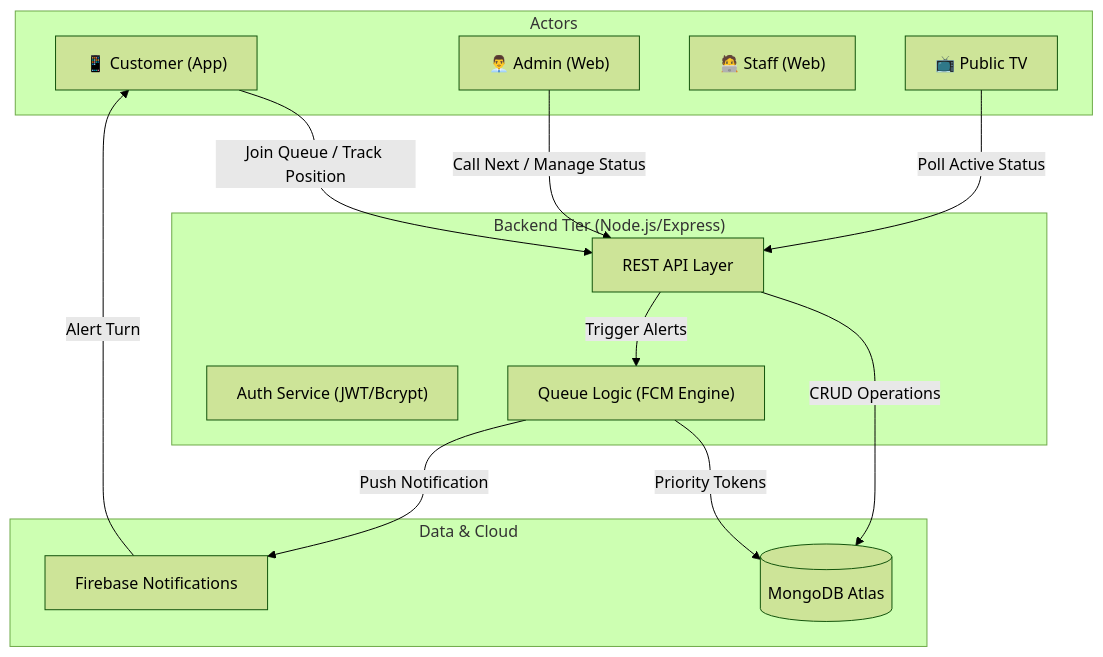
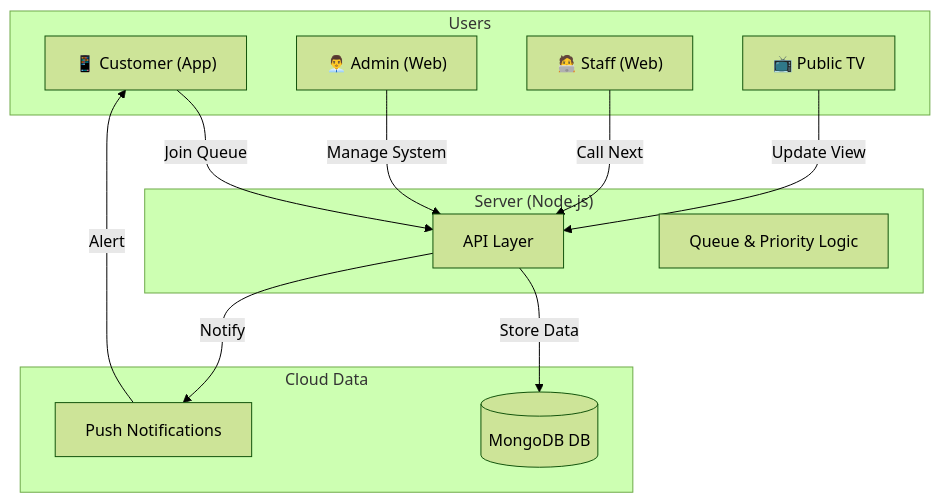
The diagram in readme.md (ProgrammerSMSH/project-SQMS), drawn with Mermaid (forest theme) before and after one commit. The commit also changed other lines of this file and 1 other file, not shown here.

````diff
--- a/readme.md
+++ b/readme.md
@@ -54,30 +50,27 @@
 ```mermaid
 graph TD
-    subgraph "Actors"
+    subgraph "Users"
         Customer["📱 Customer (App)"]
         Admin["👨‍💼 Admin (Web)"]
         Staff["🧑‍💻 Staff (Web)"]
         TV["📺 Public TV"]
     end
 
-    subgraph "Backend Tier (Node.js/Express)"
-        API["REST API Layer"]
-        Auth["Auth Service (JWT/Bcrypt)"]
-        Queue["Queue Logic (FCM Engine)"]
+    subgraph "Server (Node.js)"
+        API["API Layer"]
+        Logic["Queue & Priority Logic"]
     end
 
-    subgraph "Data & Cloud"
-        DB[("MongoDB Atlas")]
-        FCM["Firebase Notifications"]
+    subgraph "Cloud Data"
+        DB[("MongoDB DB")]
+        FCM["Push Notifications"]
     end
 
-    %% Interactions
-    Customer -- "Join Queue / Track Position" --> API
-    Admin -- "Call Next / Manage Status" --> API
-    API -- "CRUD Operations" --> DB
-    Queue -- "Priority Tokens" --> DB
-    API -- "Trigger Alerts" --> Queue
-    Queue -- "Push Notification" --> FCM
-    FCM -- "Alert Turn" --> Customer
-    TV -- "Poll Active Status" --> API
+    Customer -- "Join Queue" --> API
+    Admin -- "Manage System" --> API
+    Staff -- "Call Next" --> API
+    API -- "Store Data" --> DB
+    API -- "Notify" --> FCM
+    FCM -- "Alert" --> Customer
+    TV -- "Update View" --> API
 ```
````
